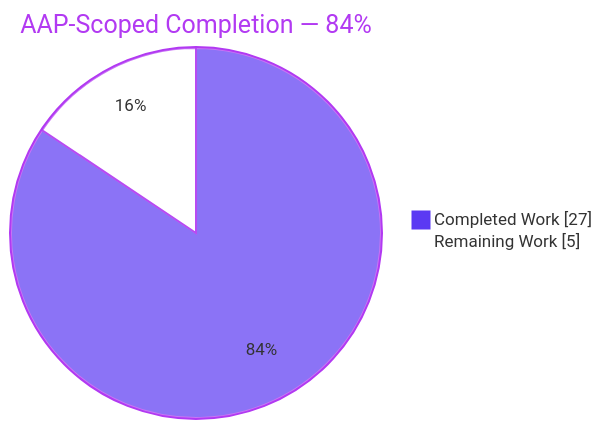
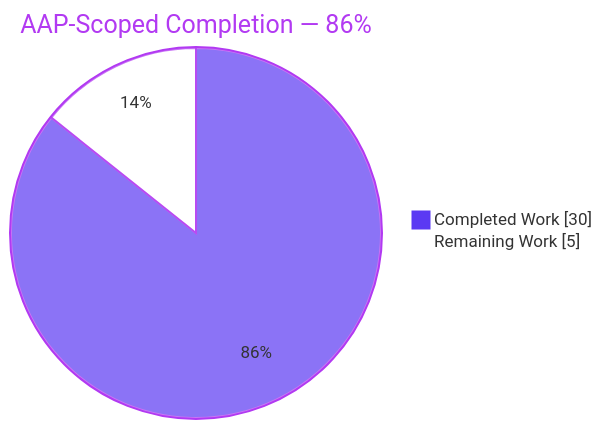
Before and after one commit to ajitblitzy/Ajit_GH_Repo-12-Mar-26: the first of 3 diagrams in blitzy/documentation/Project Guide.md, drawn with Mermaid. The commit also changed other lines of this file, not shown here.

````diff
--- a/blitzy/documentation/Project Guide.md
+++ b/blitzy/documentation/Project Guide.md
@@ -9,6 +9,6 @@
 ```mermaid
 %%{init: {"theme": "base", "themeVariables": {"pie1": "#5B39F3", "pie2": "#FFFFFF", "pieStrokeColor": "#B23AF2", "pieOuterStrokeColor": "#B23AF2", "pieTitleTextColor": "#B23AF2"}}}%%
-pie showData title AAP-Scoped Completion — 84%
-    "Completed Work" : 27
+pie showData title AAP-Scoped Completion — 86%
+    "Completed Work" : 30
     "Remaining Work" : 5
 ```
````
